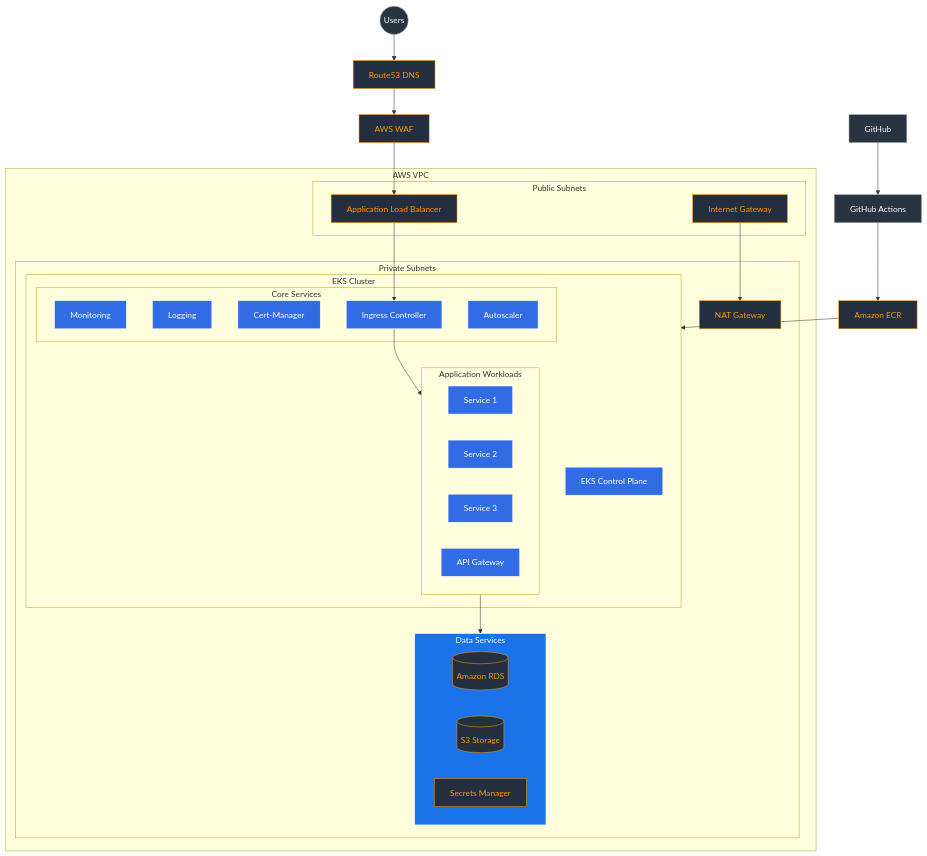
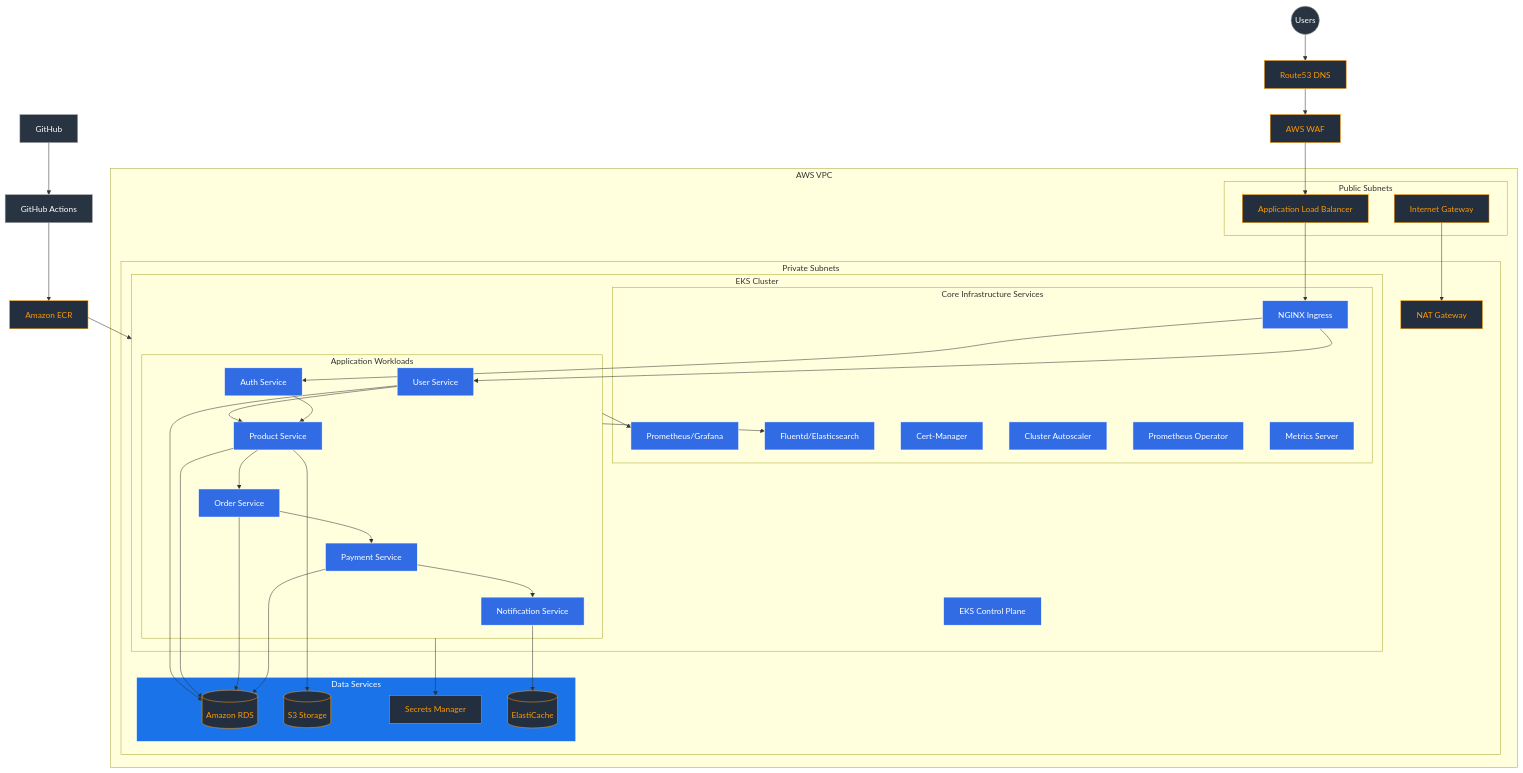
One commit to Mdaftab/ACME-lab changed the first of 2 diagrams in README.md. Above: the diagram before and after it, drawn with Mermaid. The commit also changed other lines of this file, not shown here.

Commit message:
Update README.md to enhance the architecture diagram by refining service names, adding new microservices, and detailing traffic flow. Introduce comprehensive sections on core infrastructure services and microservices traffic patterns to improve clarity and understanding of the system architecture.

````diff
--- a/README.md
+++ b/README.md
@@ -48,19 +48,25 @@
             subgraph EKS[EKS Cluster]
                 CP[EKS Control Plane]
                 
-                subgraph Core[Core Services]
-                    MON[Monitoring]
-                    LOG[Logging]
+                %% Core Infrastructure Services (Non-application workload)
+                subgraph Core[Core Infrastructure Services]
+                    MON[Prometheus/Grafana]
+                    LOG[Fluentd/Elasticsearch]
                     CERT[Cert-Manager]
-                    ING[Ingress Controller]
-                    AUTO[Autoscaler]
+                    ING[NGINX Ingress]
+                    AUTO[Cluster Autoscaler]
+                    PROM[Prometheus Operator]
+                    METRICS[Metrics Server]
                 end
                 
+                %% Six Microservices
                 subgraph Apps[Application Workloads]
-                    SVC1[Service 1]
-                    SVC2[Service 2]
-                    SVC3[Service 3]
-                    API[API Gateway]
+                    SVC1[User Service]
+                    SVC2[Auth Service]
+                    SVC3[Product Service]
+                    SVC4[Order Service]
+                    SVC5[Payment Service]
+                    SVC6[Notification Service]
                 end
             end
             
@@ -68,17 +74,34 @@
                 RDS[(Amazon RDS)]
                 S3[(S3 Storage)]
                 SEC[Secrets Manager]
+                CACHE[(ElastiCache)]
             end
             
             NAT[NAT Gateway]
         end
     end
     
-    %% Connections
+    %% Traffic Flow
     IGW --> NAT
     ALB --> ING
-    ING --> Apps
-    Apps --> Data
+    ING --> SVC1
+    ING --> SVC2
+    SVC1 --> SVC3
+    SVC2 --> SVC3
+    SVC3 --> SVC4
+    SVC4 --> SVC5
+    SVC5 --> SVC6
+    SVC1 --> RDS
+    SVC3 --> RDS
+    SVC4 --> RDS
+    SVC5 --> RDS
+    SVC3 --> S3
+    SVC6 --> CACHE
+    
+    %% Security and Monitoring
+    Apps --> SEC
+    Apps --> MON
+    Apps --> LOG
     
     %% CI/CD Pipeline
     GIT[GitHub] --> CICD[GitHub Actions]
@@ -93,9 +116,9 @@
     classDef default fill:#283442,stroke:#aaa,color:#fff
 
     %% Apply styles
-    class DNS,WAF,ALB,IGW,NAT,ECR,RDS,S3,SEC aws
-    class CP,ING,AUTO,MON,LOG,CERT k8s
-    class SVC1,SVC2,SVC3,API k8s
+    class DNS,WAF,ALB,IGW,NAT,ECR,RDS,S3,SEC,CACHE aws
+    class CP,ING,AUTO,MON,LOG,CERT,PROM,METRICS k8s
+    class SVC1,SVC2,SVC3,SVC4,SVC5,SVC6 k8s
     class Data data
     class GIT,CICD default
 ```
````
